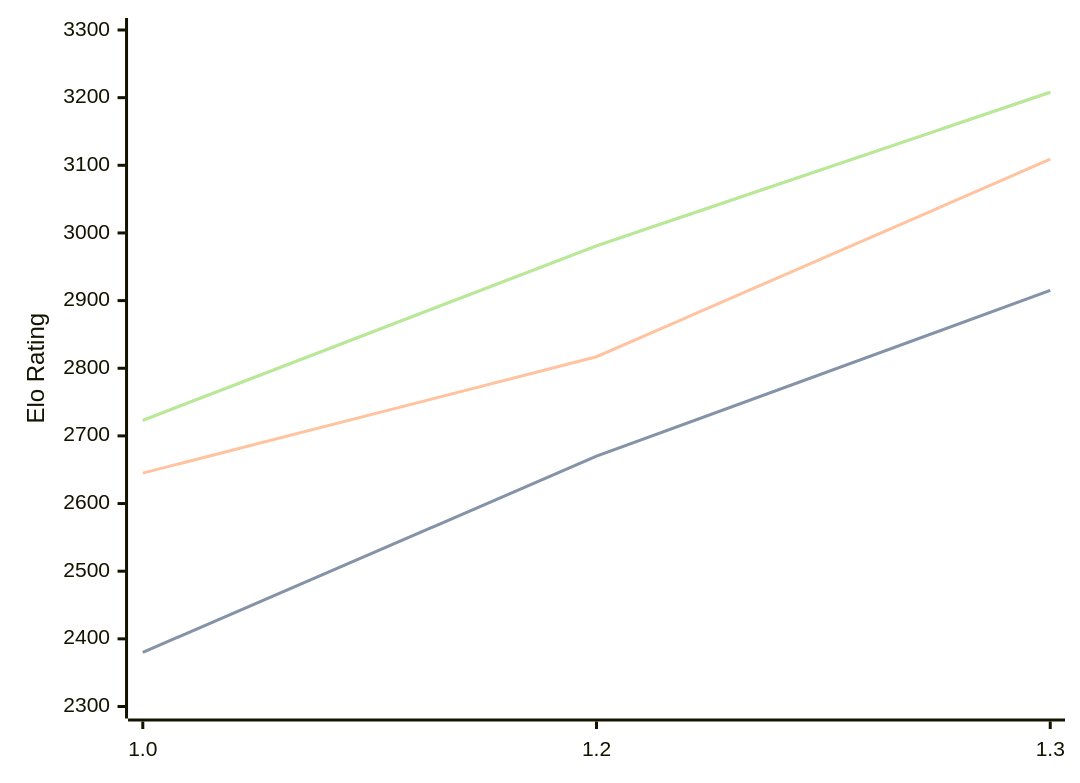
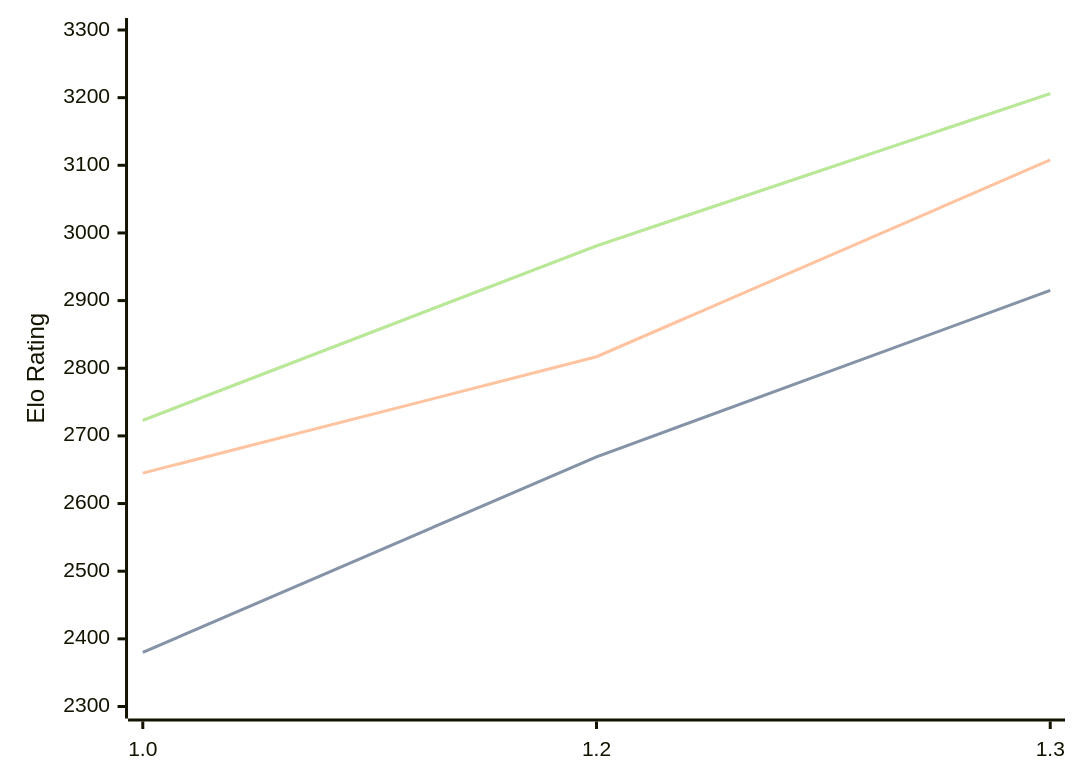
Before and after one commit to computer-chess-index/cci: the diagram in engines/Chessnix.md, drawn with Mermaid. The commit also changed other lines of this file, not shown here.

Commit message:
Update CCI Ratings (ELO VLTC) - 2026-03-09

````diff
--- a/engines/Chessnix.md
+++ b/engines/Chessnix.md
@@ -33,11 +33,11 @@
 ```mermaid
 %%{init: {"theme":"base","themeVariables":{"seriesColors:['#a3a3a3','#222221','#faa371']}}}%%
 xychart-beta
   x-axis ["1.0", "1.2", "1.3"]
   y-axis "Elo Rating" 2300 --> 3300
-  line "STC (8.0+0.08s)" [2380, 2670, 2915]
-  line "STC (8.0+0.08s)" [2380, 2670, 2915]
-  line "LTC (60.0+0.60s)" [2645, 2817, 3109]
-  line "VLTC (2m24s+1.12s)" [2723, 2981, 3208]
-  line "VLTC (2m24s+1.12s)" [2723, 2981, 3208]
+  line "STC (8.0+0.08s)" [2380, 2669, 2915]
+  line "STC (8.0+0.08s)" [2380, 2669, 2915]
+  line "LTC (60.0+0.60s)" [2645, 2817, 3108]
+  line "VLTC (2m24s+1.12s)" [2723, 2981, 3206]
+  line "VLTC (2m24s+1.12s)" [2723, 2981, 3206]
 ```
````
